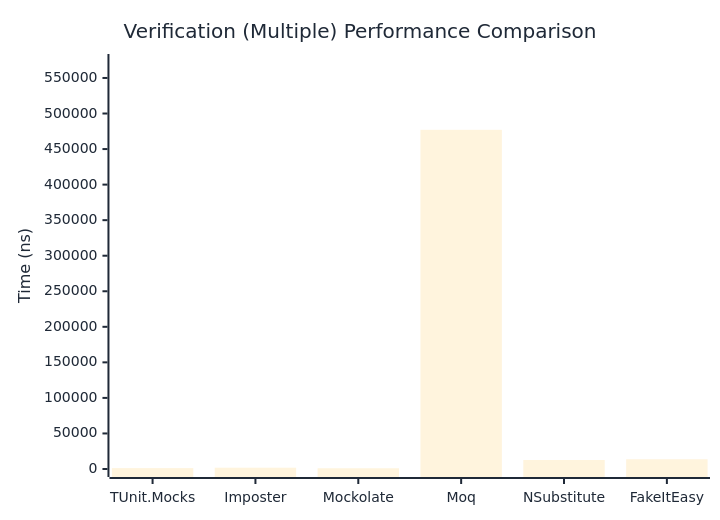
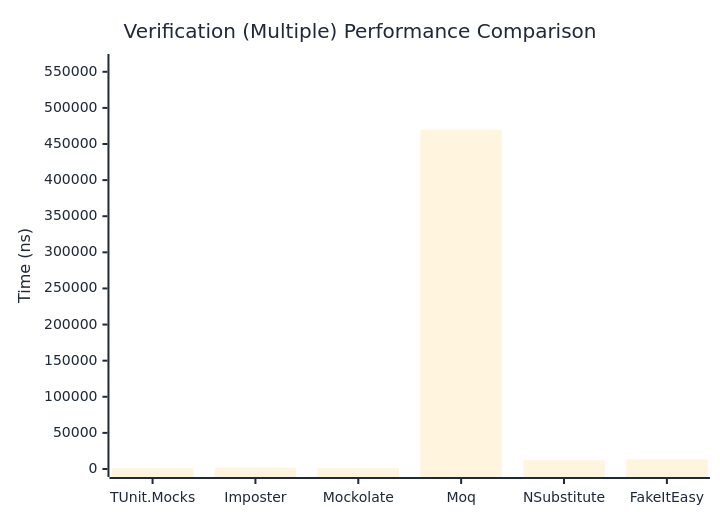
One commit to thomhurst/TUnit changed the third of 3 diagrams in docs/docs/benchmarks/mocks/Verification.md. Above: the diagram before and after it, drawn with Mermaid. The commit also changed other lines of this file and 14 other files, not shown here.

````diff
--- a/docs/docs/benchmarks/mocks/Verification.md
+++ b/docs/docs/benchmarks/mocks/Verification.md
@@ -112,27 +112,27 @@
 ```mermaid
 %%{init: {
   'theme':'base',
   'themeVariables': {
     'primaryColor': '#2563eb',
     'primaryTextColor': '#1f2937',
     'primaryBorderColor': '#1e40af',
     'lineColor': '#6b7280',
     'secondaryColor': '#7c3aed',
     'tertiaryColor': '#dc2626',
     'background': '#ffffff',
     'pie1': '#2563eb',
     'pie2': '#7c3aed',
     'pie3': '#dc2626',
     'pie4': '#f59e0b',
     'pie5': '#10b981',
     'pie6': '#06b6d4',
     'pie7': '#ec4899',
     'pie8': '#6366f1'
   }
 }}%%
 xychart-beta
   title "Verification (Multiple) Performance Comparison"
   x-axis ["TUnit.Mocks", "Imposter", "Mockolate", "Moq", "NSubstitute", "FakeItEasy"]
-  y-axis "Time (ns)" 0 --> 572451
-  bar [1250.39, 1822.01, 1048.45, 477042.14, 12677.49, 13732.81]
+  y-axis "Time (ns)" 0 --> 563543
+  bar [1240.92, 1738.64, 1078.38, 469618.42, 12177.9, 13284.98]
 ```
````
